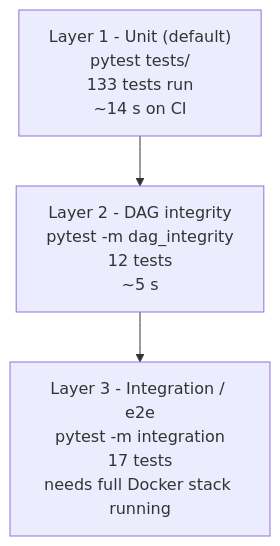
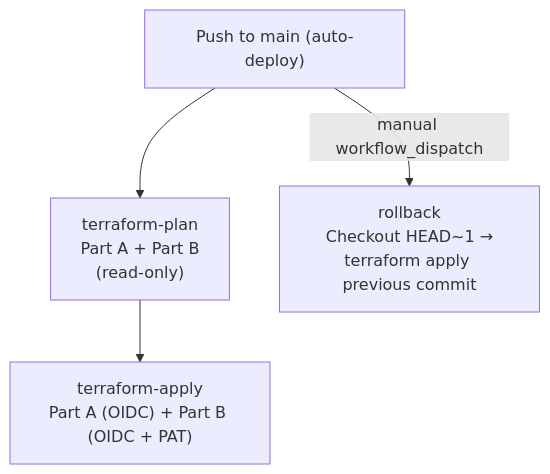
One commit to AhmedIkram05/w3c-etl-pipeline changed the third of 3 diagrams in README.md. Above: the diagram before and after it, drawn with Mermaid. The commit also changed other lines of this file, not shown here.

Commit message:
Revise README for enhanced clarity: Update project overview to detail the serverless Databricks DLT architecture and Azure SQL integration. Improve badge visibility and add links for CI/CD and testing metrics, while restructuring the Table of Contents for better navigation.

````diff
--- a/README.md
+++ b/README.md
@@ -975,8 +487,6 @@
 ```mermaid
-flowchart TB
-    L1["Layer 1 - Unit (default)<br/>pytest tests/<br/>133 tests run<br/>~14 s on CI"]
-    L2["Layer 2 - DAG integrity<br/>pytest -m dag_integrity<br/>12 tests<br/>~5 s"]
-    L3["Layer 3 - Integration / e2e<br/>pytest -m integration<br/>17 tests<br/>needs full Docker stack running"]
-
-    L1 --> L2 --> L3
+flowchart TD
+    cd["Push to main (auto-deploy)"] --> plan["terraform-plan<br/>Part A + Part B<br/>(read-only)"]
+    plan --> apply["terraform-apply<br/>Part A (OIDC) + Part B (OIDC + PAT)"]
+    cd -->|"manual workflow_dispatch"| rollback["rollback<br/>Checkout HEAD~1 →<br/>terraform apply previous commit"]
 ```
````
